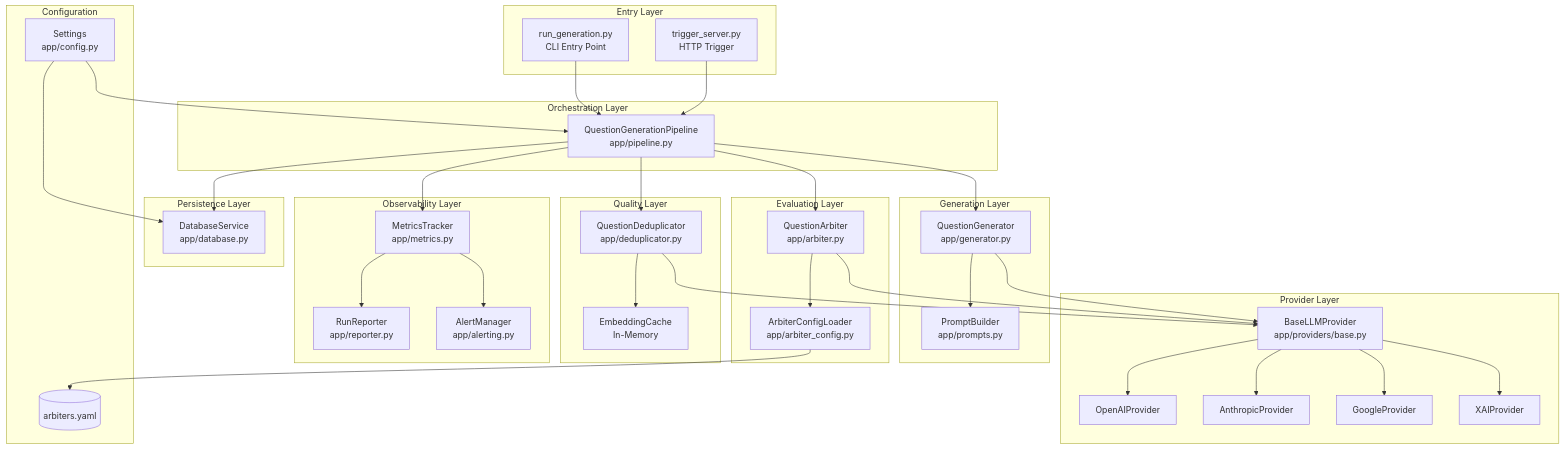
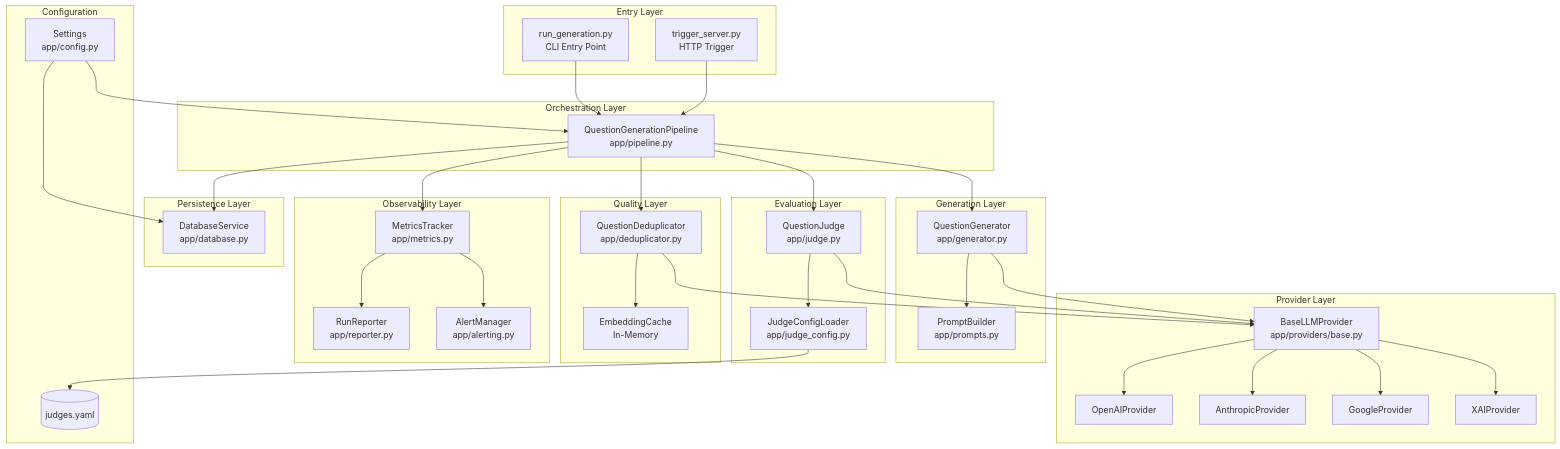
One commit to gioe/aiq changed the fourth of 15 diagrams in question-service/docs/ARCHITECTURE.md. Above: the diagram before and after it, drawn with Mermaid. The commit also changed other lines of this file and 58 other files, not shown here.

First line of the commit message:
refactor: Rename arbiter to judge throughout codebase

````diff
--- a/question-service/docs/ARCHITECTURE.md
+++ b/question-service/docs/ARCHITECTURE.md
@@ -206,79 +206,79 @@
 ```mermaid
 flowchart TB
     subgraph Entry["Entry Layer"]
         CLI["run_generation.py<br/>CLI Entry Point"]
         TRIGGER["trigger_server.py<br/>HTTP Trigger"]
     end
 
     subgraph Orchestration["Orchestration Layer"]
         PIPELINE["QuestionGenerationPipeline<br/>app/pipeline.py"]
     end
 
     subgraph Generation["Generation Layer"]
         GENERATOR["QuestionGenerator<br/>app/generator.py"]
         PROMPTS["PromptBuilder<br/>app/prompts.py"]
     end
 
     subgraph Evaluation["Evaluation Layer"]
-        ARBITER["QuestionArbiter<br/>app/arbiter.py"]
-        ARBITER_CFG["ArbiterConfigLoader<br/>app/arbiter_config.py"]
+        JUDGE["QuestionJudge<br/>app/judge.py"]
+        JUDGE_CFG["JudgeConfigLoader<br/>app/judge_config.py"]
     end
 
     subgraph Quality["Quality Layer"]
         DEDUP["QuestionDeduplicator<br/>app/deduplicator.py"]
         CACHE["EmbeddingCache<br/>In-Memory"]
     end
 
     subgraph Persistence["Persistence Layer"]
         DATABASE["DatabaseService<br/>app/database.py"]
     end
 
     subgraph Observability["Observability Layer"]
         METRICS["MetricsTracker<br/>app/metrics.py"]
         REPORTER["RunReporter<br/>app/reporter.py"]
         ALERTING["AlertManager<br/>app/alerting.py"]
     end
 
     subgraph Providers["Provider Layer"]
         BASE["BaseLLMProvider<br/>app/providers/base.py"]
         OPENAI["OpenAIProvider"]
         ANTHROPIC["AnthropicProvider"]
         GOOGLE["GoogleProvider"]
         XAI["XAIProvider"]
     end
 
     subgraph Config["Configuration"]
         SETTINGS["Settings<br/>app/config.py"]
-        YAML[("arbiters.yaml")]
+        YAML[("judges.yaml")]
     end
 
     CLI --> PIPELINE
     TRIGGER --> PIPELINE
 
     PIPELINE --> GENERATOR
-    PIPELINE --> ARBITER
+    PIPELINE --> JUDGE
     PIPELINE --> DEDUP
     PIPELINE --> DATABASE
     PIPELINE --> METRICS
 
     GENERATOR --> PROMPTS
     GENERATOR --> BASE
 
-    ARBITER --> ARBITER_CFG
-    ARBITER --> BASE
-    ARBITER_CFG --> YAML
+    JUDGE --> JUDGE_CFG
+    JUDGE --> BASE
+    JUDGE_CFG --> YAML
 
     DEDUP --> CACHE
     DEDUP --> BASE
 
     METRICS --> REPORTER
     METRICS --> ALERTING
 
     BASE --> OPENAI
     BASE --> ANTHROPIC
     BASE --> GOOGLE
     BASE --> XAI
 
     SETTINGS --> PIPELINE
     SETTINGS --> DATABASE
 ```
````
